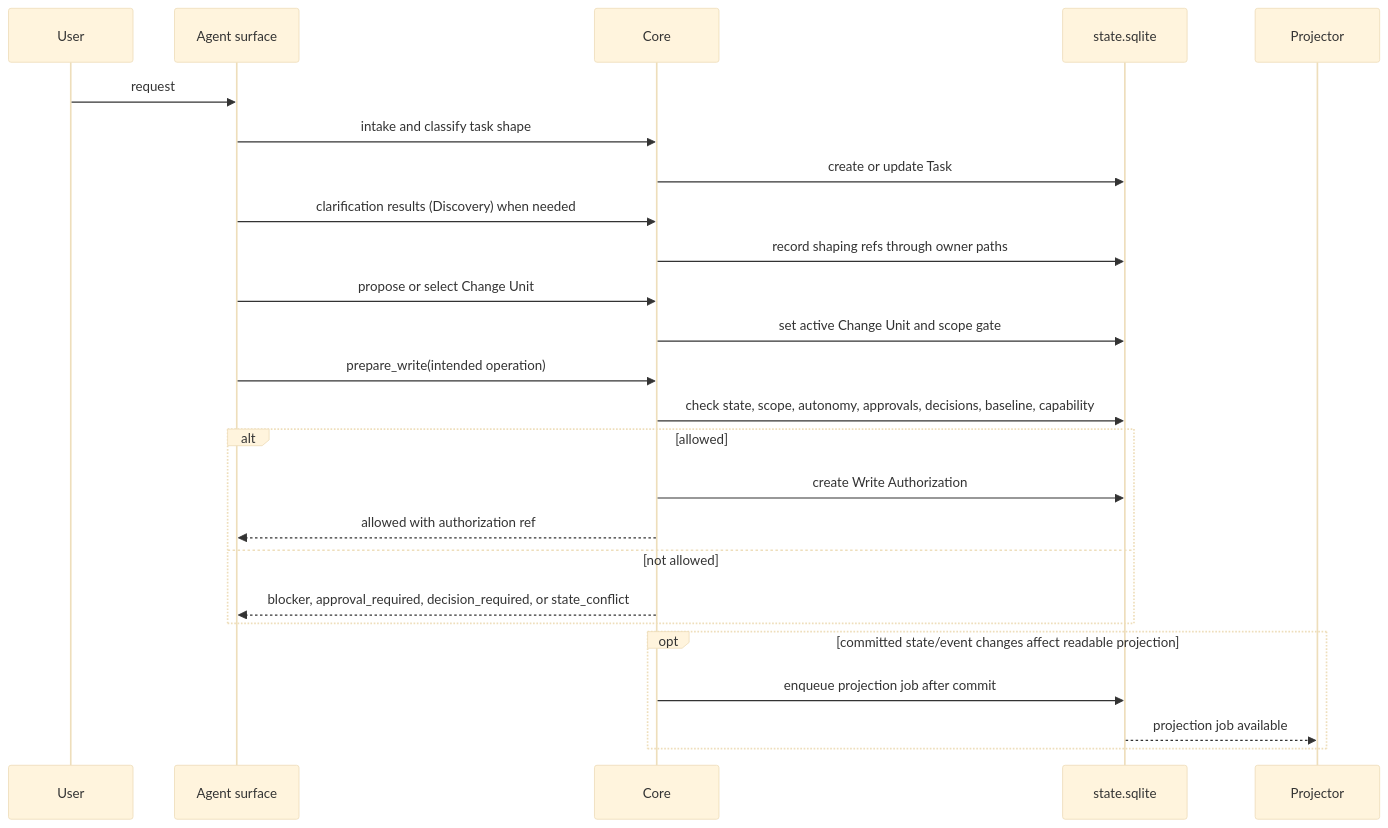
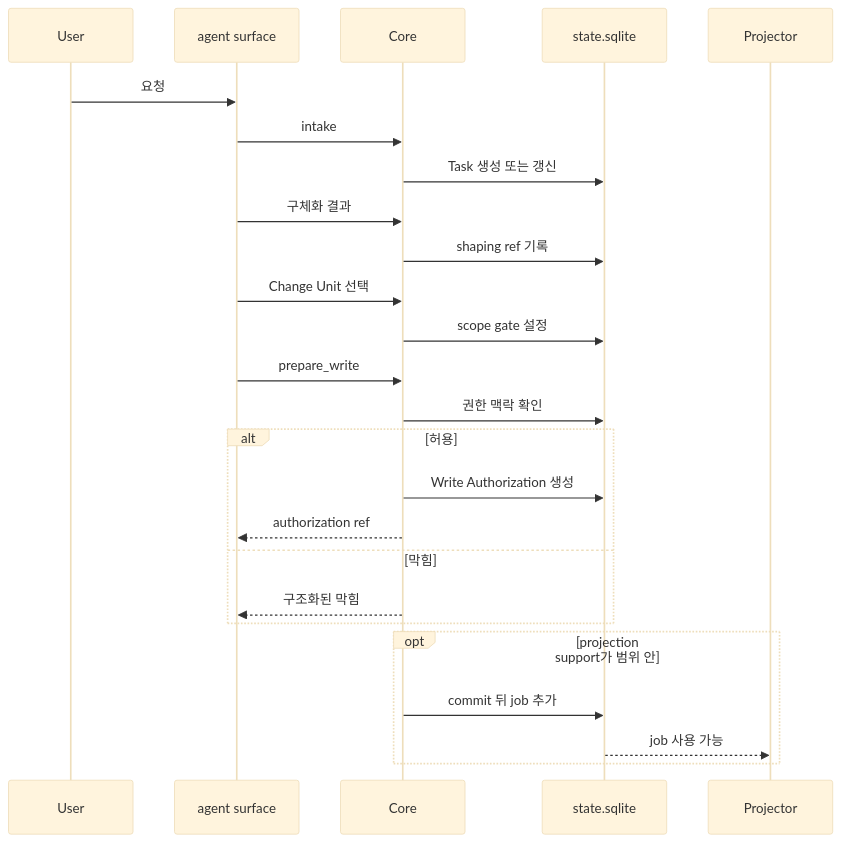
One commit to minjungw00/Harness_Project changed the seventh of 7 diagrams in docs/ko/reference/kernel.md. Above: the diagram before and after it, drawn with Mermaid (base theme). The commit also changed other lines of this file and 20 other files, not shown here.

Commit message:
docs: refresh diagrams for staged authority model

````diff
--- a/docs/ko/reference/kernel.md
+++ b/docs/ko/reference/kernel.md
@@ -934,28 +917,28 @@
 ```mermaid
 sequenceDiagram
   participant User
-  participant Agent as Agent surface
+  participant Agent as agent surface
   participant Core
   participant State as state.sqlite
   participant Projector
 
-  User->>Agent: request
-  Agent->>Core: intake and classify task shape
-  Core->>State: create or update Task
-  Agent->>Core: clarification results (Discovery) when needed
-  Core->>State: record shaping refs through owner paths
-  Agent->>Core: propose or select Change Unit
-  Core->>State: set active Change Unit and scope gate
-  Agent->>Core: prepare_write(intended operation)
-  Core->>State: check state, scope, autonomy, approvals, decisions, baseline, capability
-  alt allowed
-    Core->>State: create Write Authorization
-    Core-->>Agent: allowed with authorization ref
-  else not allowed
-    Core-->>Agent: blocker, approval_required, decision_required, or state_conflict
+  User->>Agent: 요청
+  Agent->>Core: intake
+  Core->>State: Task 생성 또는 갱신
+  Agent->>Core: 구체화 결과
+  Core->>State: shaping ref 기록
+  Agent->>Core: Change Unit 선택
+  Core->>State: scope gate 설정
+  Agent->>Core: prepare_write
+  Core->>State: 권한 맥락 확인
+  alt 허용
+    Core->>State: Write Authorization 생성
+    Core-->>Agent: authorization ref
+  else 막힘
+    Core-->>Agent: 구조화된 막힘
   end
-  opt committed state/event changes affect readable projection
-    Core->>State: enqueue projection job after commit
-    State-->>Projector: projection job available
+  opt projection support가 범위 안
+    Core->>State: commit 뒤 job 추가
+    State-->>Projector: job 사용 가능
   end
 ```
````
